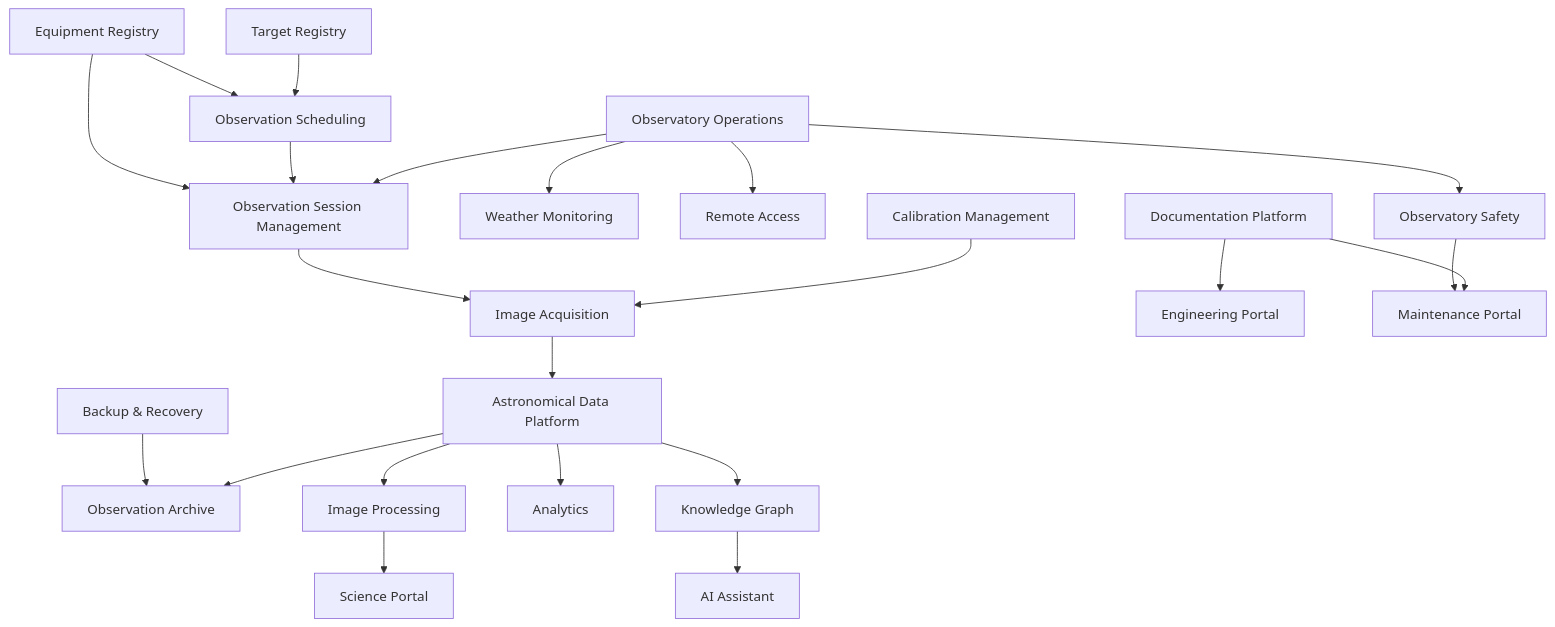
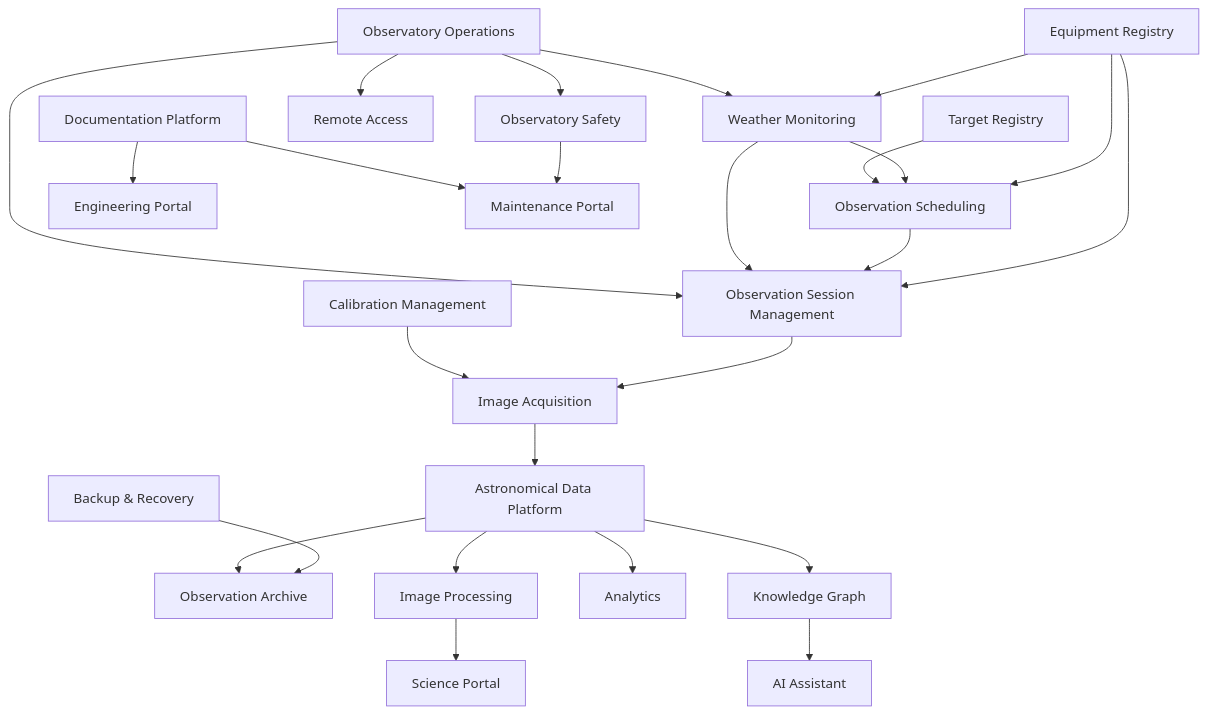
The second of 4 diagrams in docs/capabilities/CAP-000-capability-registry.md (maininimassimo-bit/digital-stargate-manual), drawn with Mermaid before and after one commit. The commit also changed other lines of this file, not shown here.

Commit message:
docs: register weather monitoring capability package

````diff
--- a/docs/capabilities/CAP-000-capability-registry.md
+++ b/docs/capabilities/CAP-000-capability-registry.md
@@ -135,24 +135,27 @@
 ```mermaid
 flowchart TD
     OPS[Observatory Operations] --> SAFE[Observatory Safety]
     OPS --> WEATHER[Weather Monitoring]
     OPS --> REMOTE[Remote Access]
     OPS --> OSM[Observation Session Management]
     TARGET[Target Registry] --> SCHED[Observation Scheduling]
+    WEATHER --> SCHED
+    WEATHER --> OSM
     SCHED --> OSM
-    EQUIP[Equipment Registry] --> SCHED
+    EQUIP[Equipment Registry] --> WEATHER
+    EQUIP --> SCHED
     EQUIP --> OSM
     CAL[Calibration Management] --> ACQ[Image Acquisition]
     OSM --> ACQ
     ACQ --> DATA[Astronomical Data Platform]
     DATA --> ARCH[Observation Archive]
     DATA --> PROC[Image Processing]
     PROC --> SCI[Science Portal]
     DATA --> ANL[Analytics]
     DATA --> KG[Knowledge Graph]
     KG --> AI[AI Assistant]
     DOC[Documentation Platform] --> ENG[Engineering Portal]
     DOC --> MAINT[Maintenance Portal]
     BACKUP[Backup & Recovery] --> ARCH
     SAFE --> MAINT
 ```
````
